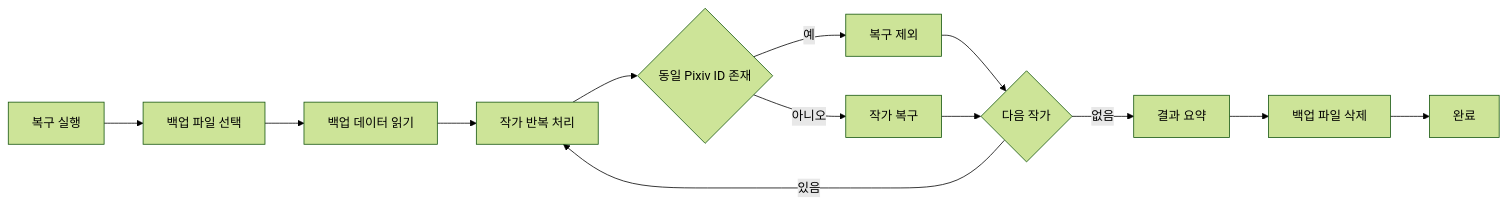
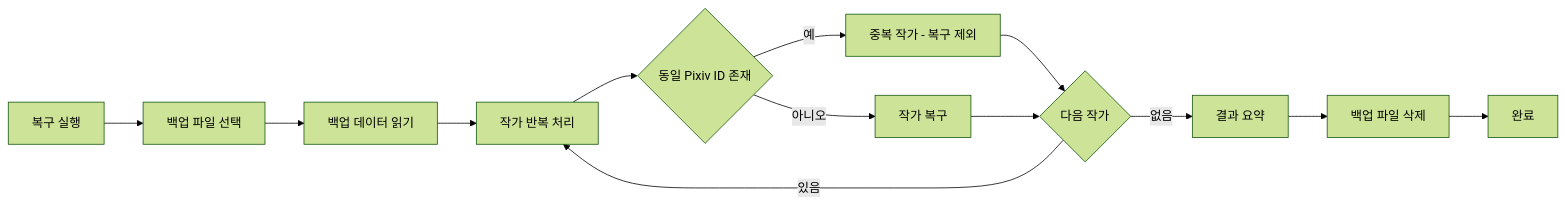
Before and after one commit to PKT0623/PixivLocalManager: the tenth of 18 diagrams in docs/03_SYSTEM_FLOW.md, drawn with Mermaid (forest theme). The commit also changed other lines of this file and 10 other files, not shown here.

````diff
--- a/docs/03_SYSTEM_FLOW.md
+++ b/docs/03_SYSTEM_FLOW.md
@@ -191,25 +217,25 @@
-```mermaid
+```mermaid id="u1s3xa"
 flowchart LR
 
 A[복구 실행]
 
 A --> B[백업 파일 선택]
 B --> C[백업 데이터 읽기]
 
 C --> D[작가 반복 처리]
 
 D --> E{동일 Pixiv ID 존재}
 
-E -->|예| F[복구 제외]
+E -->|예| F[중복 작가 - 복구 제외]
 E -->|아니오| G[작가 복구]
 
 F --> H{다음 작가}
 G --> H
 
 H -->|있음| D
 H -->|없음| I[결과 요약]
 
 I --> J[백업 파일 삭제]
 
 J --> K[완료]
 ```
````
